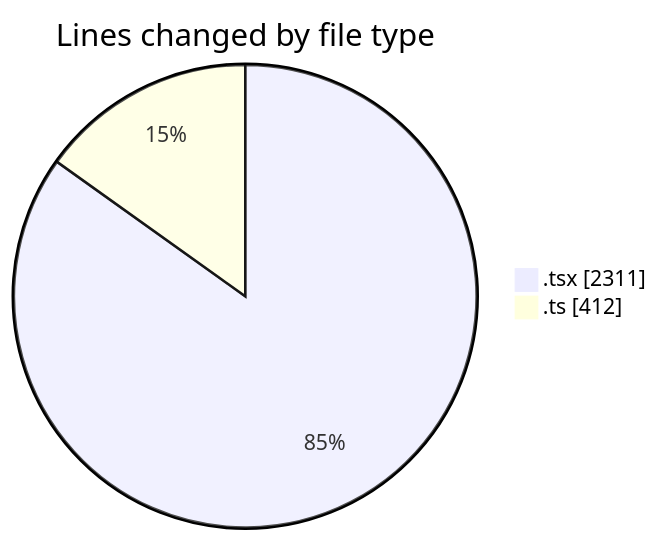
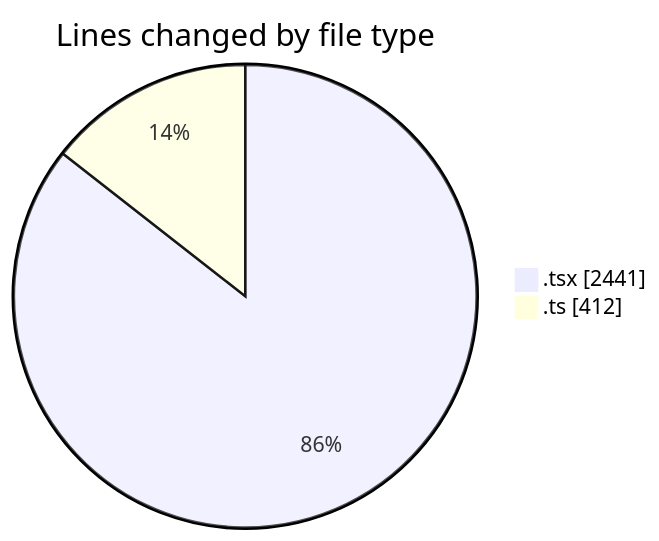
Before and after one commit to robertbonfada/code-tracking: the first of 2 diagrams in 2025-03-17/audiobooks-web/README.md, drawn with Mermaid. The commit also changed other lines of this file and 1 other file, not shown here.

````diff
--- a/2025-03-17/audiobooks-web/README.md
+++ b/2025-03-17/audiobooks-web/README.md
@@ -32,6 +33,6 @@
 ```mermaid
 pie showData
 title Lines changed by file type
-".tsx" : 2311
+".tsx" : 2441
 ".ts" : 412
 ```
````
